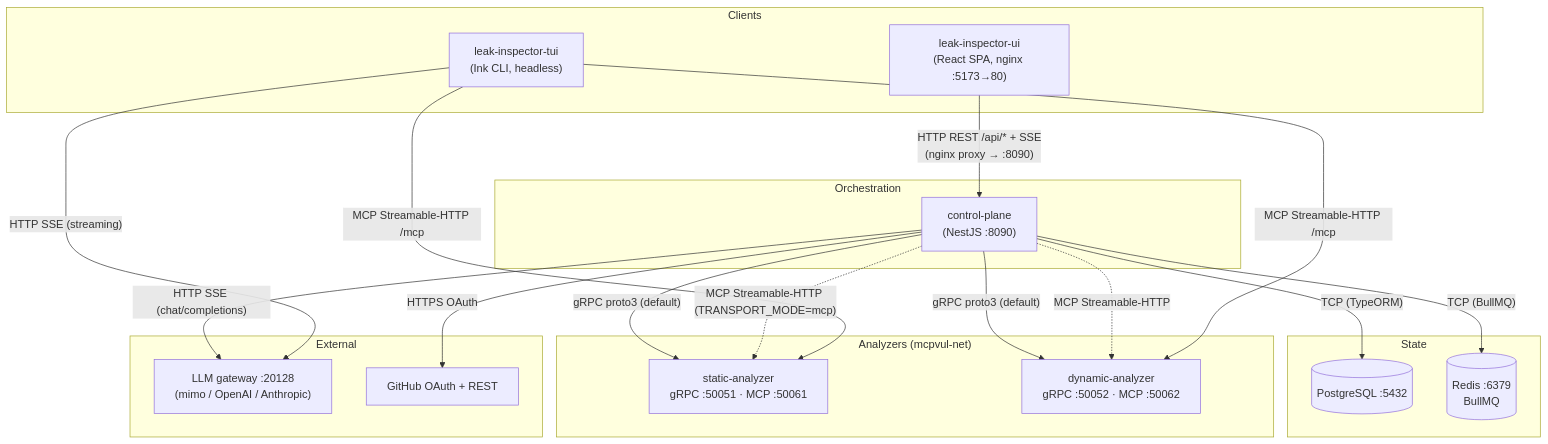
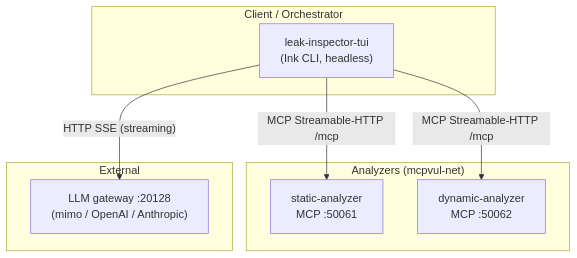
One commit to ledunguit/cleak changed the first of 3 diagrams in docs/ARCHITECTURE.md. Above: the diagram before and after it, drawn with Mermaid. The commit also changed other lines of this file and 9 other files, not shown here.

First line of the commit message:
docs: remove the web path from all architecture/runbook docs (TUI-only)

````diff
--- a/docs/ARCHITECTURE.md
+++ b/docs/ARCHITECTURE.md
@@ -47,40 +50,19 @@
 ```mermaid
 flowchart TB
-    subgraph Clients["Clients"]
-        UI["leak-inspector-ui<br/>(React SPA, nginx :5173→80)"]
+    subgraph Client["Client / Orchestrator"]
         TUI["leak-inspector-tui<br/>(Ink CLI, headless)"]
     end
 
-    subgraph Orchestration["Orchestration"]
-        CP["control-plane<br/>(NestJS :8090)"]
-    end
-
-    subgraph Data["State"]
-        PG[("PostgreSQL :5432")]
-        RD[("Redis :6379<br/>BullMQ")]
-    end
-
     subgraph Analyzers["Analyzers (mcpvul-net)"]
-        SA["static-analyzer<br/>gRPC :50051 · MCP :50061"]
-        DA["dynamic-analyzer<br/>gRPC :50052 · MCP :50062"]
+        SA["static-analyzer<br/>MCP :50061"]
+        DA["dynamic-analyzer<br/>MCP :50062"]
     end
 
     subgraph External["External"]
         LLM["LLM gateway :20128<br/>(mimo / OpenAI / Anthropic)"]
-        GH["GitHub OAuth + REST"]
     end
-
-    UI -- "HTTP REST /api/* + SSE<br/>(nginx proxy → :8090)" --> CP
-    CP -- "TCP (TypeORM)" --> PG
-    CP -- "TCP (BullMQ)" --> RD
-    CP -- "gRPC proto3 (default)" --> SA
-    CP -- "gRPC proto3 (default)" --> DA
-    CP -. "MCP Streamable-HTTP (TRANSPORT_MODE=mcp)" .-> SA
-    CP -. "MCP Streamable-HTTP" .-> DA
-    CP -- "HTTP SSE (chat/completions)" --> LLM
-    CP -- "HTTPS OAuth" --> GH
 
     TUI -- "MCP Streamable-HTTP /mcp" --> SA
     TUI -- "MCP Streamable-HTTP /mcp" --> DA
     TUI -- "HTTP SSE (streaming)" --> LLM
 ```
````
